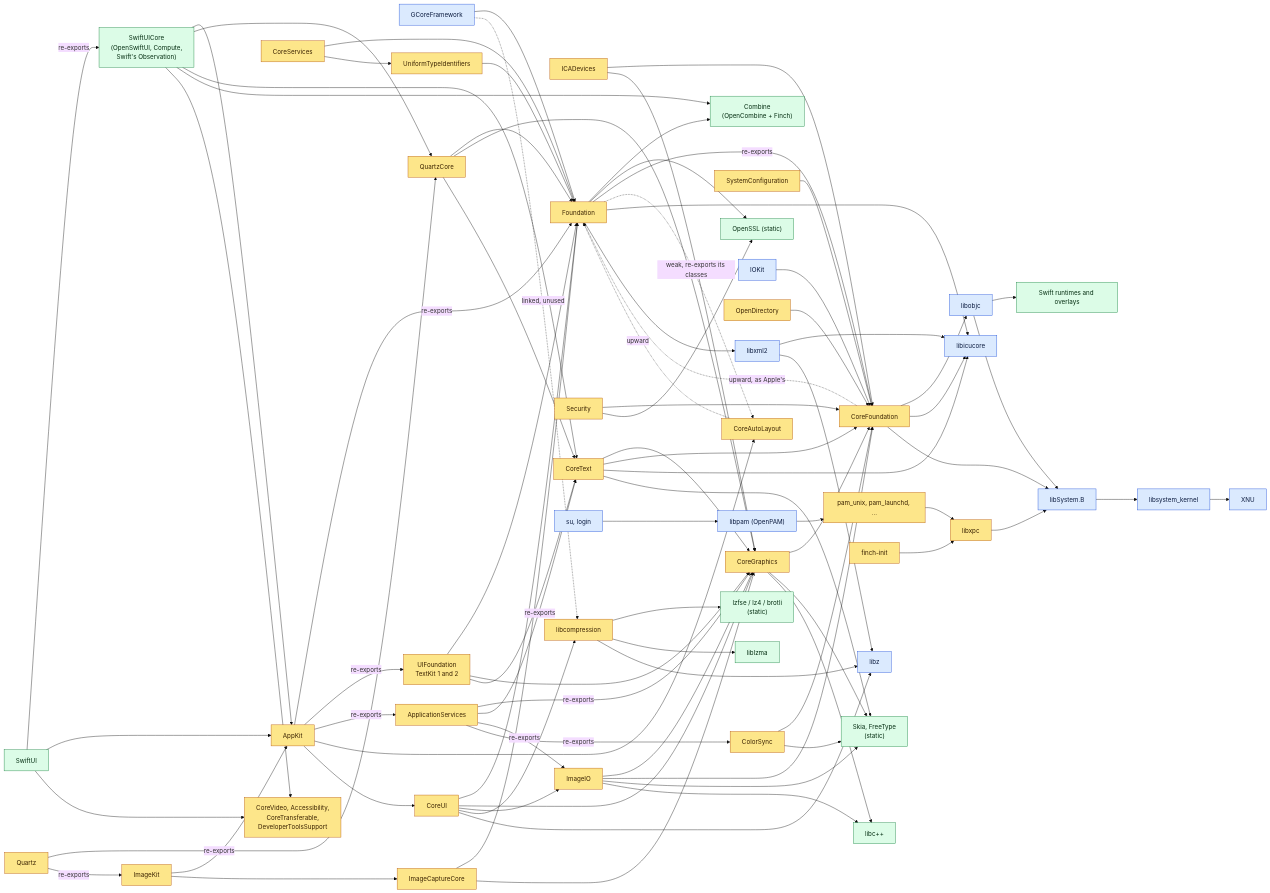
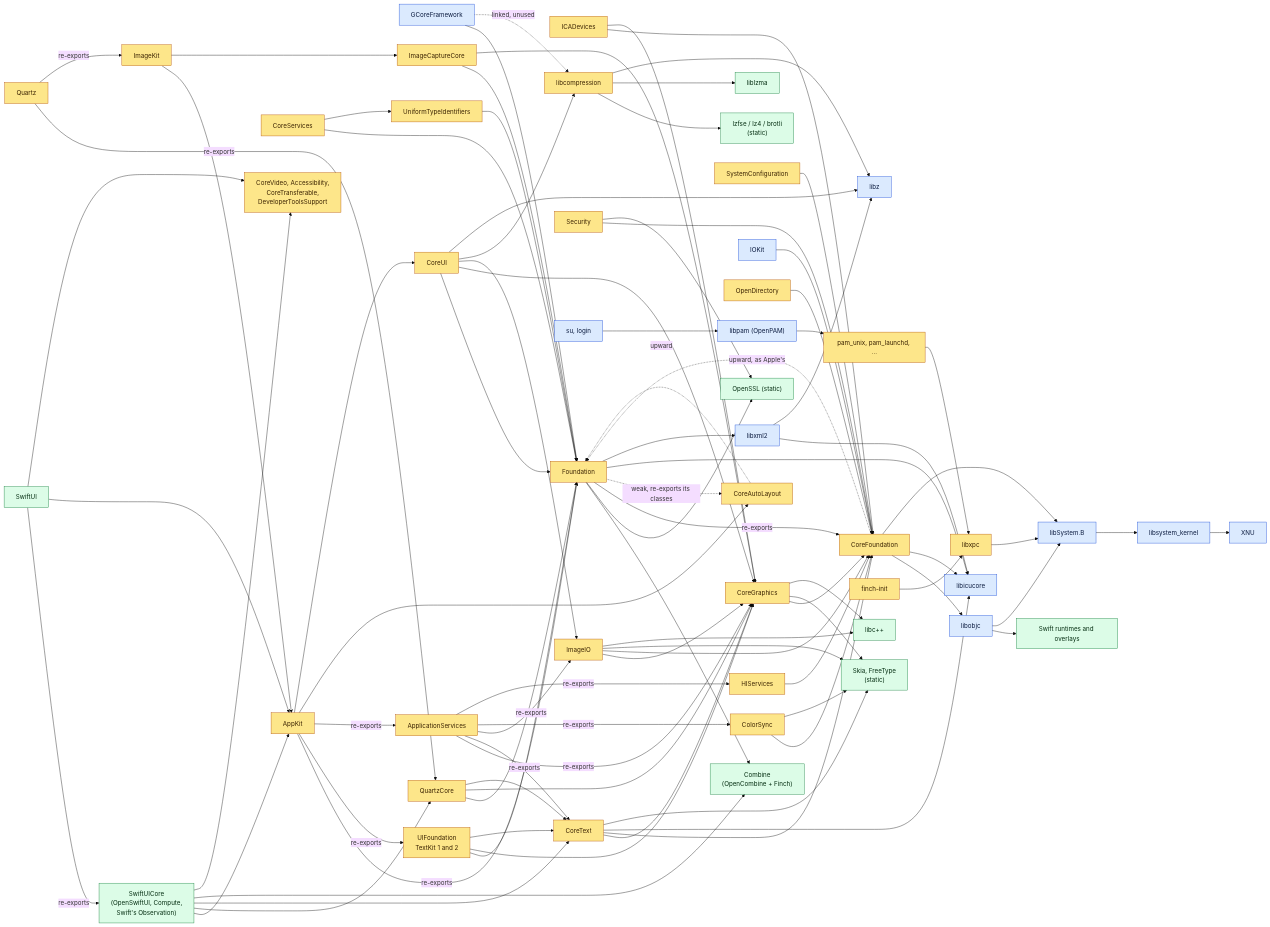
The second of 2 diagrams in docs/STACK.md (calebtrueman/finch), drawn with Mermaid (base theme) before and after one commit. The commit also changed other lines of this file and 10 other files, not shown here.

First line of the commit message:
HIServices and DataDetectorsCore, Finch's own

```diff
--- a/docs/STACK.md
+++ b/docs/STACK.md
@@ -227,6 +230,7 @@
     ctfw["CoreText"]:::finch
     imageio["ImageIO"]:::finch
     colorsync["ColorSync"]:::finch
+    hiservices["HIServices"]:::finch
     coreui["CoreUI"]:::finch
     coreservices["CoreServices"]:::finch
     uti["UniformTypeIdentifiers"]:::finch
@@ -292,6 +296,8 @@
     appservices -->|"re-exports"| ctfw
     appservices -->|"re-exports"| imageio
     appservices -->|"re-exports"| colorsync
+    appservices -->|"re-exports"| hiservices
+    hiservices --> cf
     colorsync --> cf
     colorsync --> skialib
     quartz -->|"re-exports"| qc
```
